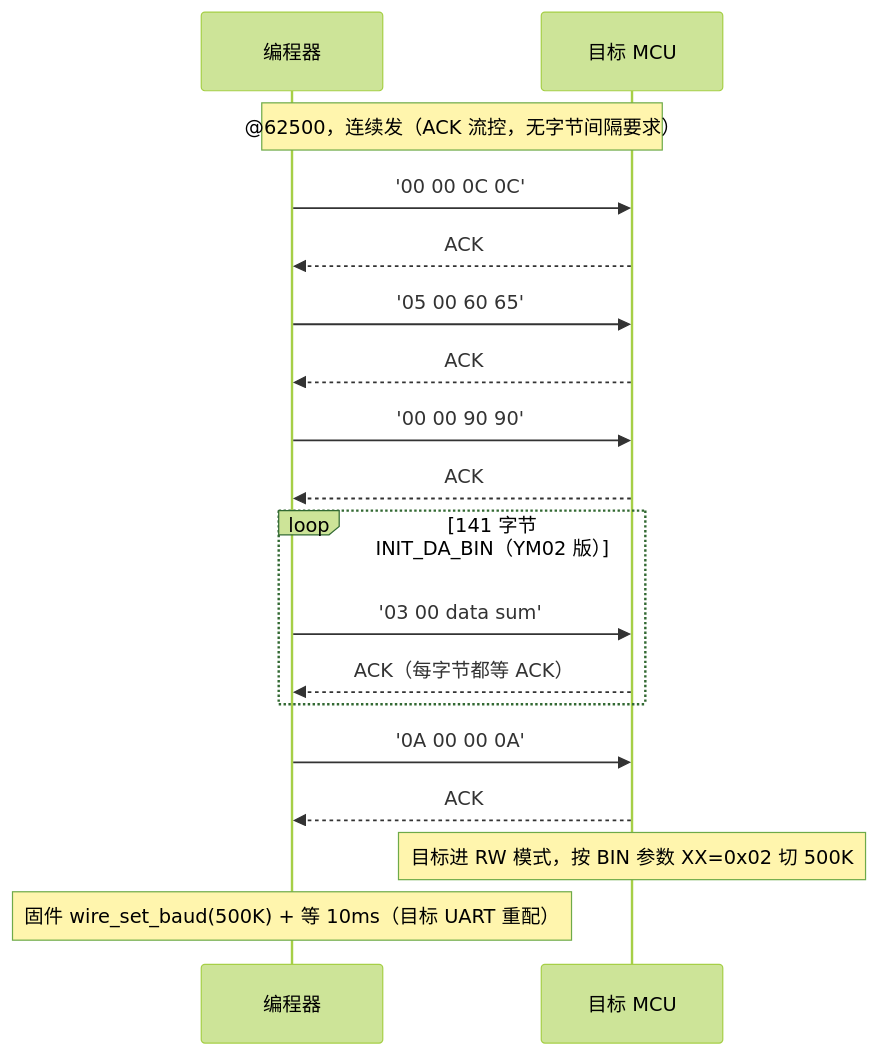
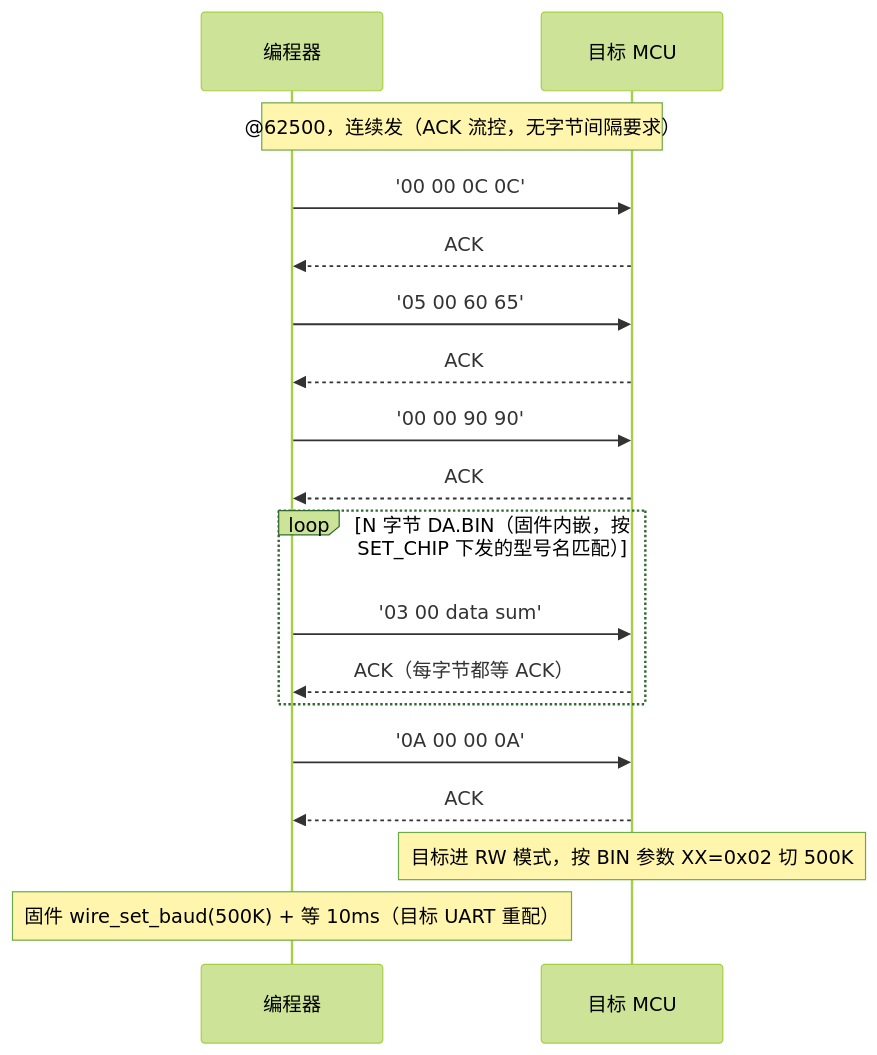
Before and after one commit to EPCN-fla/F2MC-8FX-Programmer: the third of 6 diagrams in docs/固件使用说明.md, drawn with Mermaid (forest theme). The commit also changed other lines of this file and 2 other files, not shown here.

````diff
--- a/docs/固件使用说明.md
+++ b/docs/固件使用说明.md
@@ -113,20 +120,20 @@
 ```mermaid
 sequenceDiagram
     participant P as 编程器
     participant T as 目标 MCU
     Note over P,T: @62500，连续发（ACK 流控，无字节间隔要求）
     P->>T: '00 00 0C 0C'
     T-->>P: ACK
     P->>T: '05 00 60 65'
     T-->>P: ACK
     P->>T: '00 00 90 90'
     T-->>P: ACK
-    loop 141 字节 INIT_DA_BIN（YM02 版）
+    loop N 字节 DA.BIN（固件内嵌，按 SET_CHIP 下发的型号名匹配）
         P->>T: '03 00 data sum'
         T-->>P: ACK（每字节都等 ACK）
     end
     P->>T: '0A 00 00 0A'
     T-->>P: ACK
     Note over T: 目标进 RW 模式，按 BIN 参数 XX=0x02 切 500K
     Note over P: 固件 wire_set_baud(500K) + 等 10ms（目标 UART 重配）
 ```
````
